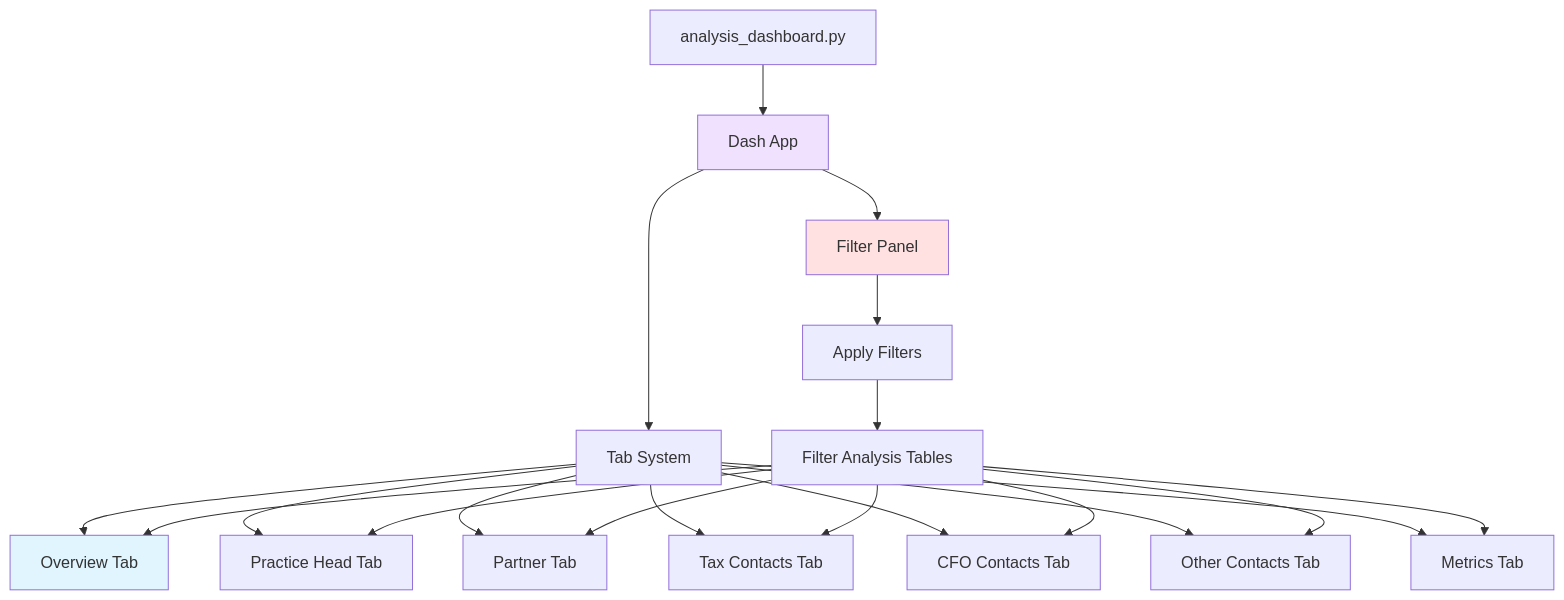
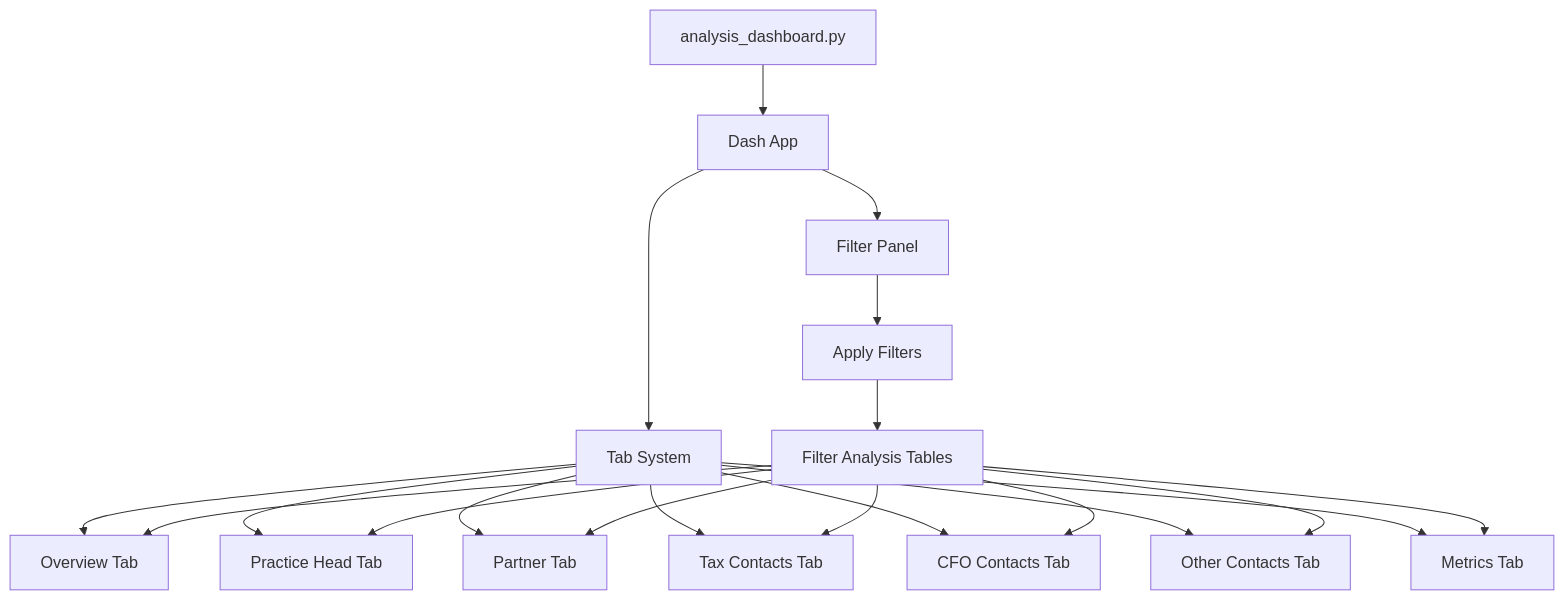
Before and after one commit to Acash-bits/tax_summit: the fifth of 10 diagrams in Readme.md, drawn with Mermaid. The commit also changed other lines of this file, not shown here.

````diff
--- a/Readme.md
+++ b/Readme.md
@@ -578,28 +562,24 @@
 ```mermaid
 graph TB
     A[analysis_dashboard.py] --> B[Dash App]
     B --> C[Filter Panel]
     B --> D[Tab System]
     
     D --> E[Overview Tab]
     D --> F[Practice Head Tab]
     D --> G[Partner Tab]
     D --> H[Tax Contacts Tab]
     D --> I[CFO Contacts Tab]
     D --> J[Other Contacts Tab]
     D --> K[Metrics Tab]
     
     C --> L[Apply Filters]
     L --> M[Filter Analysis Tables]
     M --> E
     M --> F
     M --> G
     M --> H
     M --> I
     M --> J
     M --> K
-    
-    style B fill:#f0e1ff
-    style C fill:#ffe1e1
-    style E fill:#e1f5ff
 ```
````
